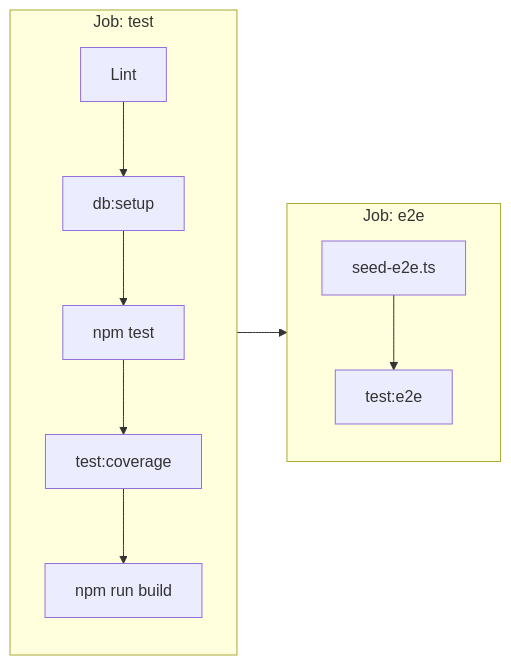
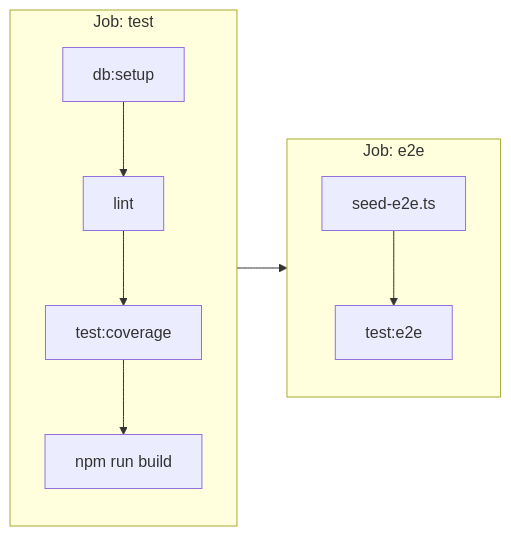
One commit to BushArt/BushArt-Gallery changed the second of 2 diagrams in project-docs/Testing-Infrastructure.md. Above: the diagram before and after it, drawn with Mermaid. The commit also changed other lines of this file and 13 other files, not shown here.

````diff
--- a/project-docs/Testing-Infrastructure.md
+++ b/project-docs/Testing-Infrastructure.md
@@ -115,19 +115,18 @@
 ```mermaid
 flowchart LR
   subgraph testJob [Job: test]
-    lint[Lint]
     dbSetup[db:setup]
-    vitest[npm test]
+    lint[lint]
     cov[test:coverage]
     build[npm run build]
-    lint --> dbSetup --> vitest --> cov --> build
+    dbSetup --> lint --> cov --> build
   end
 
   subgraph e2eJob [Job: e2e]
     seed[seed-e2e.ts]
     pw[test:e2e]
     seed --> pw
   end
 
   testJob --> e2eJob
 ```
````
